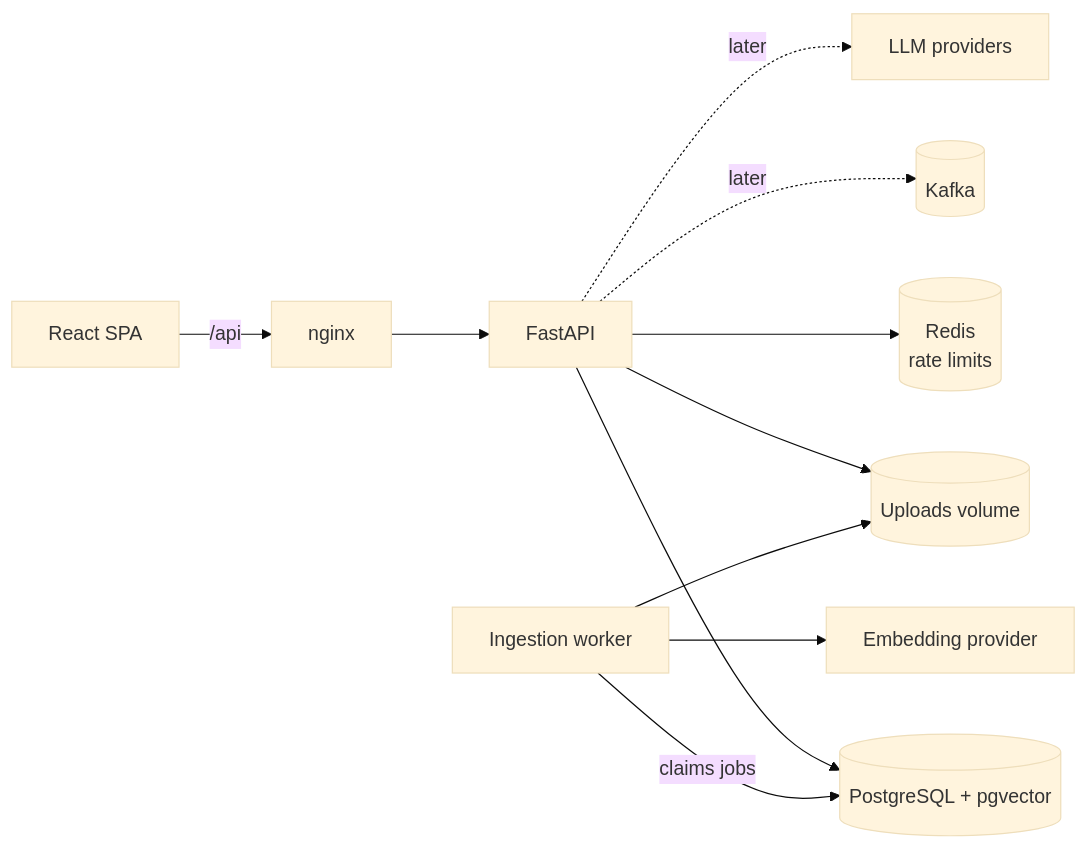
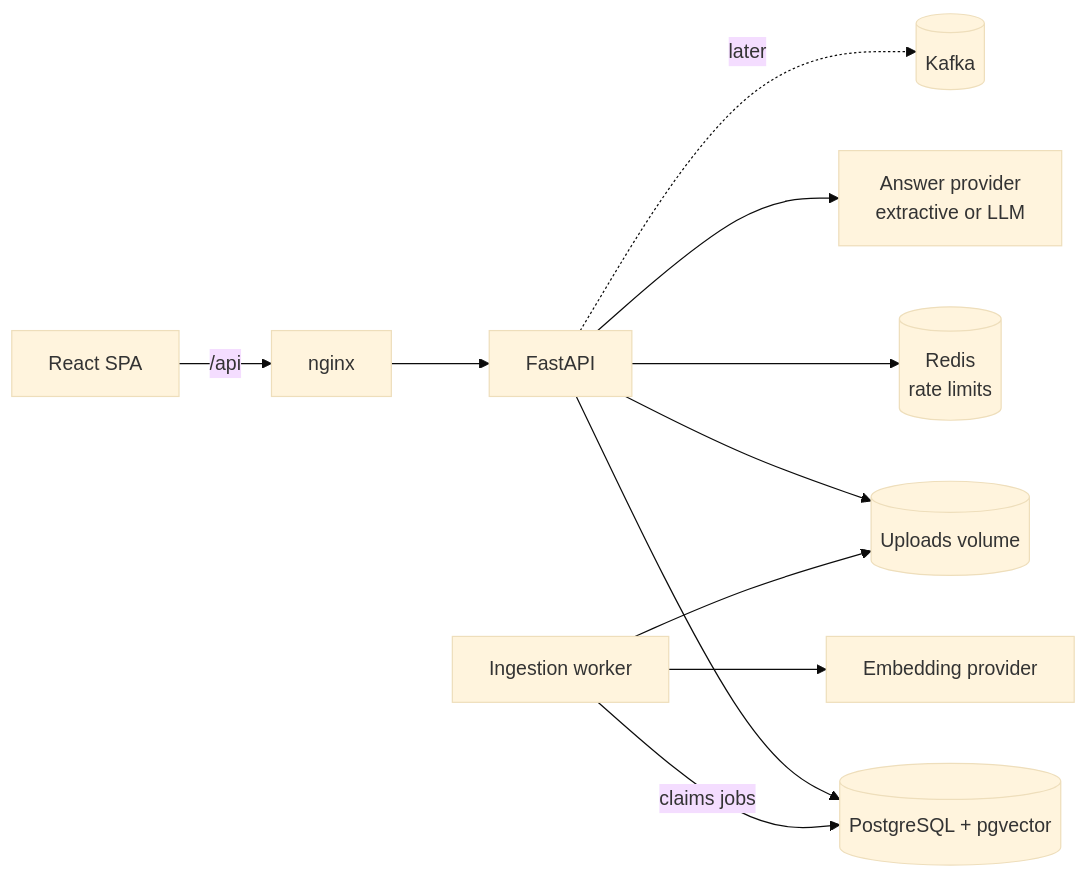
The diagram in README.md (AdityaTiwarime/nexusai), drawn with Mermaid (base theme) before and after one commit. The commit also changed other lines of this file and 55 other files, not shown here.

````diff
--- a/README.md
+++ b/README.md
@@ -63,11 +75,12 @@
 ```mermaid
 flowchart LR
     UI[React SPA] -->|/api| NGINX[nginx] --> API[FastAPI]
     API --> PG[(PostgreSQL + pgvector)]
     API --> REDIS[(Redis<br/>rate limits)]
     API --> FILES[(Uploads volume)]
     WORKER[Ingestion worker] -->|claims jobs| PG
     WORKER --> FILES
     WORKER --> EMB[Embedding provider]
-    API -. later .-> KAFKA[(Kafka)] & LLM[LLM providers]
+    API --> ANS[Answer provider<br/>extractive or LLM]
+    API -. later .-> KAFKA[(Kafka)]
 ```
````
